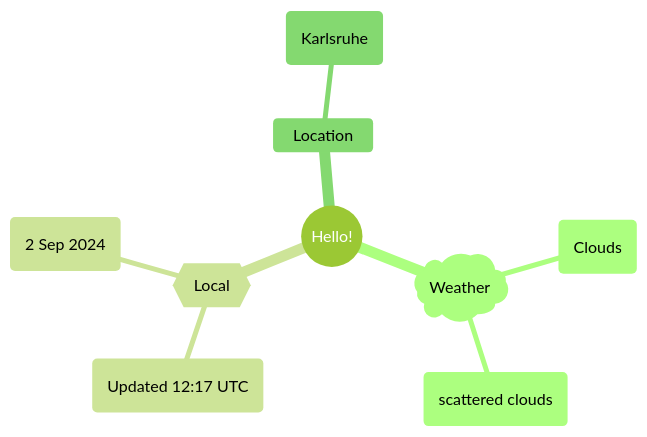
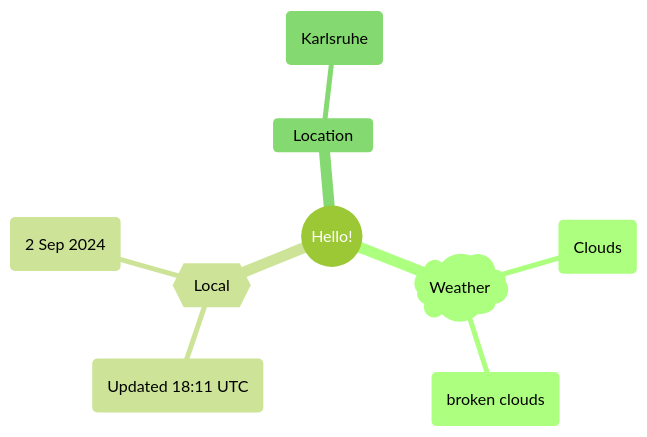
One commit to Xosrov/Xosrov changed the first of 2 diagrams in README.md. Above: the diagram before and after it, drawn with Mermaid (forest theme).

Commit message:
[bot] updated images

````diff
--- a/README.md
+++ b/README.md
@@ -3,12 +3,12 @@
 ```mermaid
 mindmap
   root((Hello!))
     )Weather(
         (Clouds)
-        (scattered clouds)
+        (broken clouds)
     {{Local}}
-        (Updated 12:17 UTC)
+        (Updated 18:11 UTC)
         (2 Sep 2024)
     Location
         (Karlsruhe)
 ```
````
